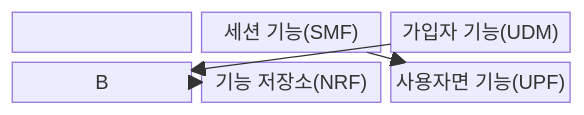
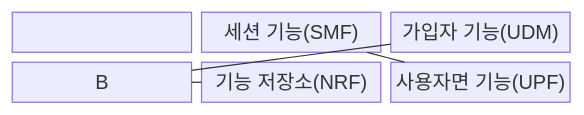
One commit to agnusdei1207/knowledge-base changed the first of 2 diagrams in src/content/docs/notes/04-network/038_5g_core_sba.md. Above: the diagram before and after it, drawn with Mermaid. The commit also changed other lines of this file and 493 other files, not shown here.

````diff
--- a/src/content/docs/notes/04-network/038_5g_core_sba.md
+++ b/src/content/docs/notes/04-network/038_5g_core_sba.md
@@ -67,8 +67,8 @@
 ```mermaid
-block
+block-beta
     columns 3
-    A["접속•이동 기능(AMF)"] --> B["서비스 통신 계층"] --> C["세션 기능(SMF)"]
-    D["가입자 기능(UDM)"] --> B
-    E["기능 저장소(NRF)"] --> B
-    C --> F["사용자면 기능(UPF)"]
+    A["접속•이동 기능(AMF)"] --- B["서비스 통신 계층"] --- C["세션 기능(SMF)"]
+    D["가입자 기능(UDM)"] --- B
+    E["기능 저장소(NRF)"] --- B
+    C --- F["사용자면 기능(UPF)"]
 ```
````
